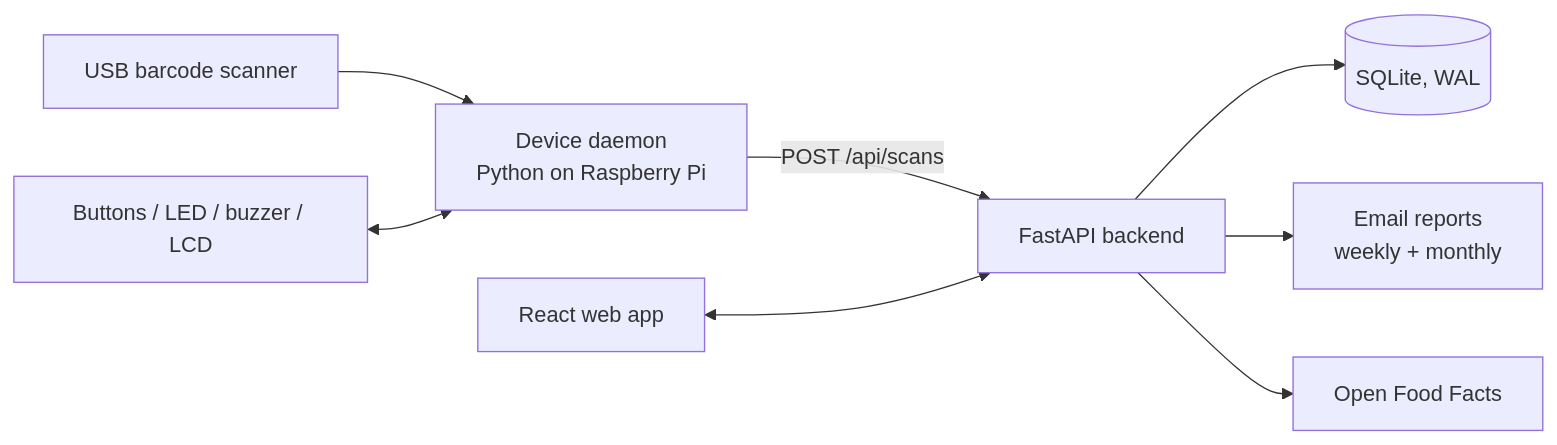
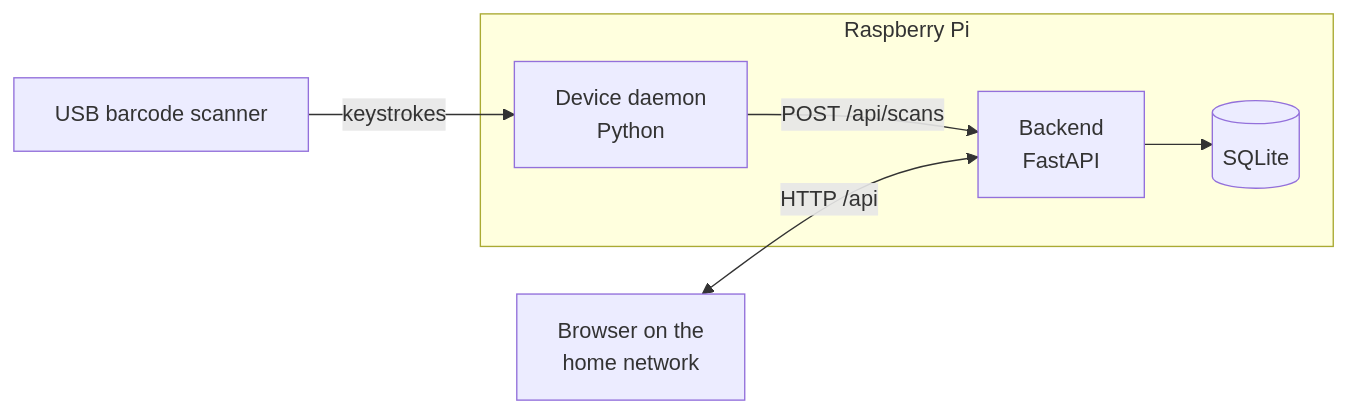
The diagram in README.md (Fnilsson95/fridged), drawn with Mermaid before and after one commit. The commit also changed other lines of this file, not shown here.

````diff
--- a/README.md
+++ b/README.md
@@ -39,10 +56,14 @@
 ```mermaid
 flowchart LR
-    S[USB barcode scanner] --> D[Device daemon<br/>Python on Raspberry Pi]
-    B[Buttons / LED / buzzer / LCD] <--> D
-    D -- POST /api/scans --> API[FastAPI backend]
-    W[React web app] <--> API
-    API --> DB[(SQLite, WAL)]
-    API --> M[Email reports<br/>weekly + monthly]
-    API --> OFF[Open Food Facts]
+    scanner[USB barcode scanner] -- keystrokes --> daemon
+
+    subgraph pi [Raspberry Pi]
+        daemon[Device daemon<br/>Python]
+        backend[Backend<br/>FastAPI]
+        db[(SQLite)]
+        daemon -- POST /api/scans --> backend
+        backend --> db
+    end
+
+    browser[Browser on the<br/>home network] <-- HTTP /api --> backend
 ```
````
